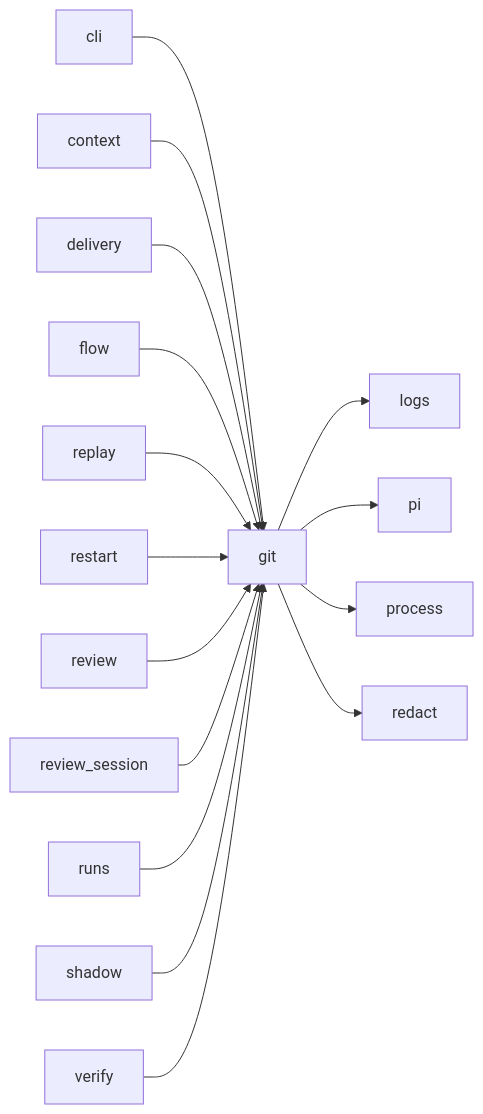
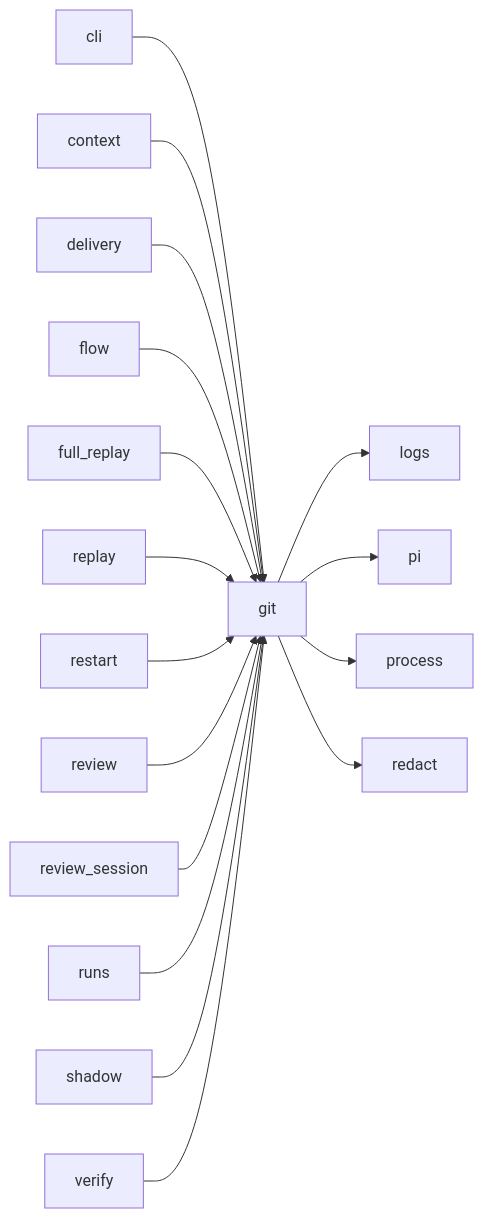
The third of 3 diagrams in docs/architecture/modules/git.md (plaplanche/ariane), drawn with Mermaid before and after one commit. The commit also changed 41 other files, not shown here.

Commit message:
#186: Sampled full replay, escapes and escape rate in ariane report (C9, C19)

````diff
--- a/docs/architecture/modules/git.md
+++ b/docs/architecture/modules/git.md
@@ -164,18 +164,19 @@
 ```mermaid
 flowchart LR
   cli --> git
   context --> git
   delivery --> git
   flow --> git
+  full_replay --> git
   git --> logs
   git --> pi
   git --> process
   git --> redact
   replay --> git
   restart --> git
   review --> git
   review_session --> git
   runs --> git
   shadow --> git
   verify --> git
 ```
````
